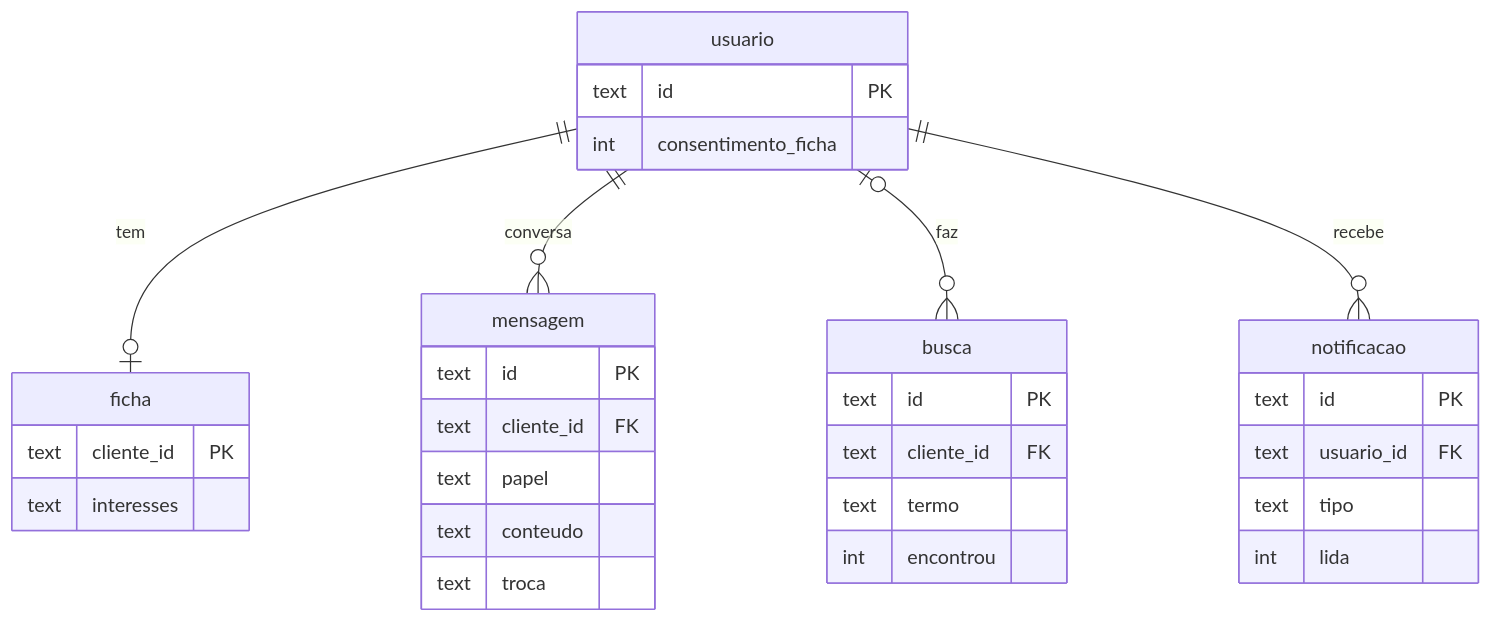
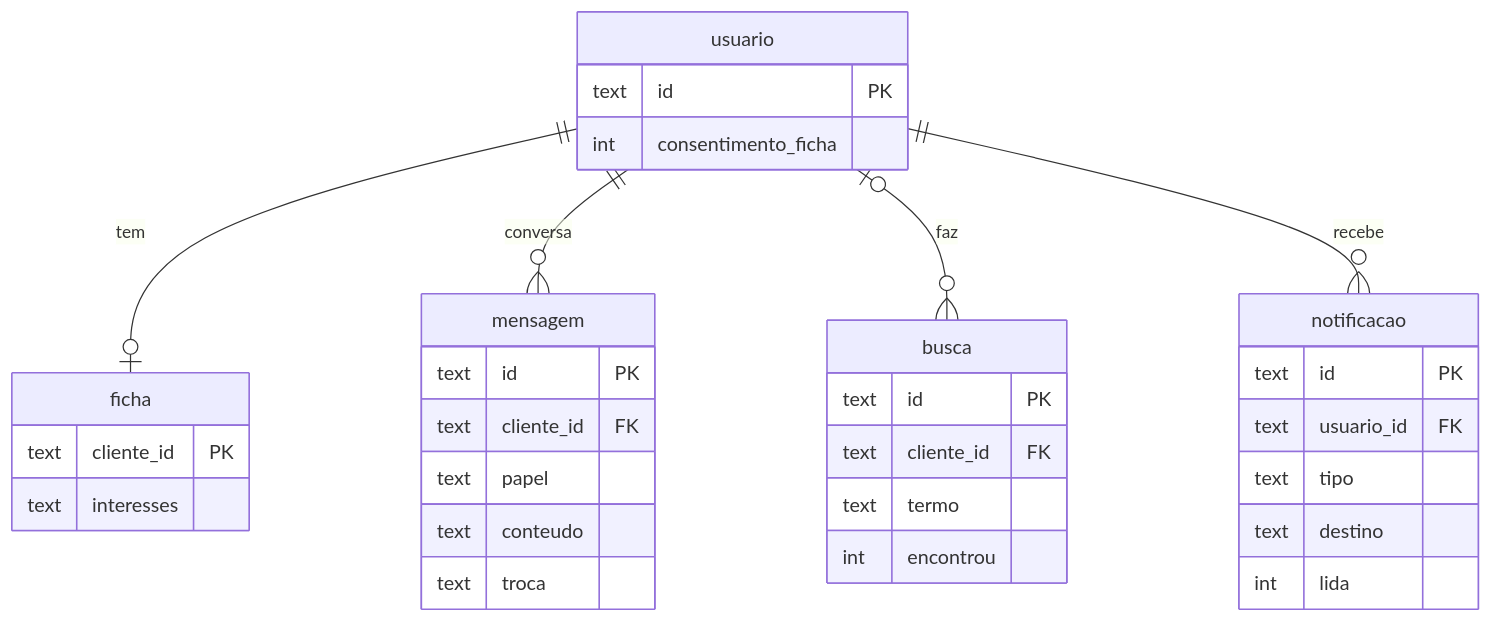
One commit to Gustavo16378/tyranitar-capim-dourado changed the second of 3 diagrams in docs/banco.md. Above: the diagram before and after it, drawn with Mermaid. The commit also changed other lines of this file, not shown here.

Commit message:
docs(banco): compra_item, a reserva com cupom, hora de pronta e recusa, e o destino do aviso

````diff
--- a/docs/banco.md
+++ b/docs/banco.md
@@ -71,35 +71,36 @@
 ```mermaid
 erDiagram
   usuario ||--o| ficha : tem
   usuario ||--o{ mensagem : conversa
   usuario |o--o{ busca : faz
   usuario ||--o{ notificacao : recebe
 
   usuario {
     text id PK
     int consentimento_ficha
   }
   ficha {
     text cliente_id PK
     text interesses
   }
   mensagem {
     text id PK
     text cliente_id FK
     text papel
     text conteudo
     text troca
   }
   busca {
     text id PK
     text cliente_id FK
     text termo
     int encontrou
   }
   notificacao {
     text id PK
     text usuario_id FK
     text tipo
+    text destino
     int lida
   }
 ```
````
